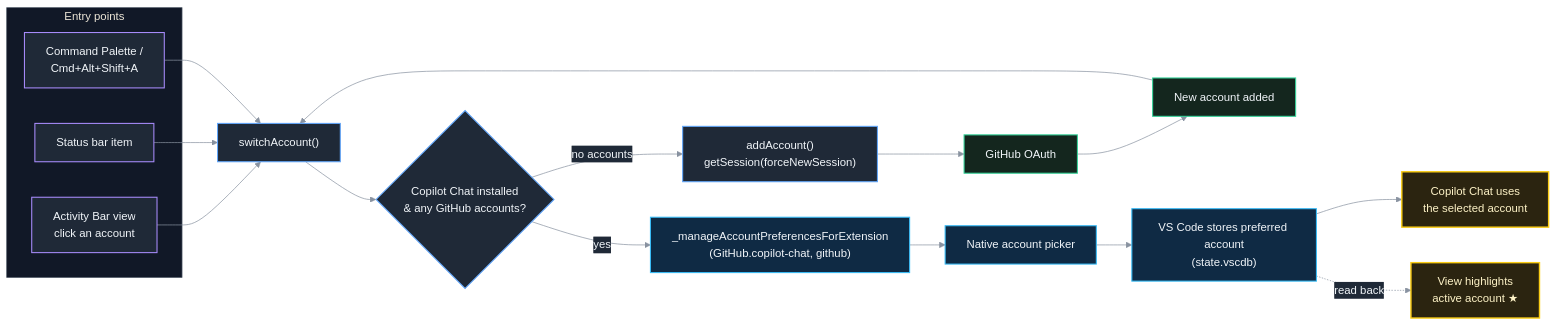
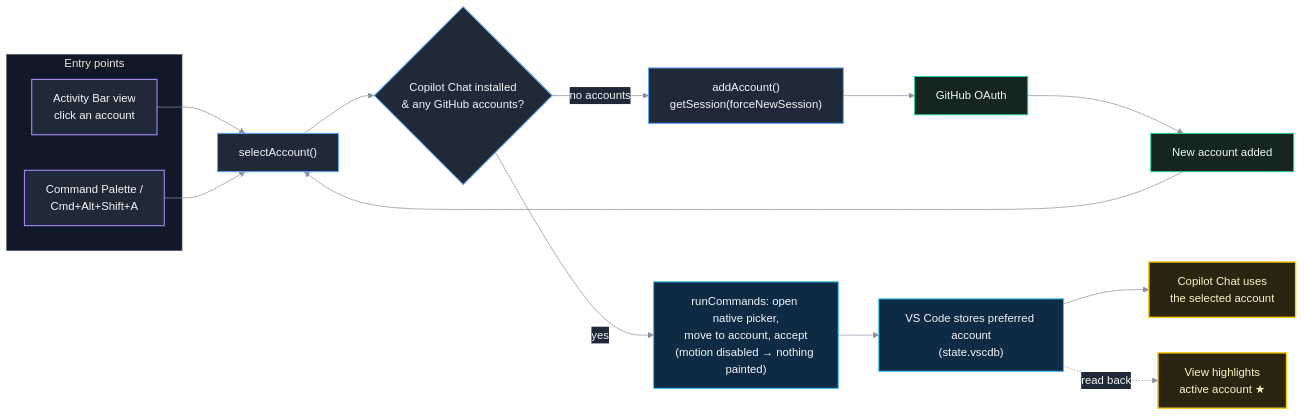
Before and after one commit to OleksiiTimofieiev/plugin: the first of 2 diagrams in README.md, drawn with Mermaid. The commit also changed other lines of this file and 5 other files, not shown here.

````diff
--- a/README.md
+++ b/README.md
@@ -9,46 +9,44 @@
 ```mermaid
 %%{init: {
   "theme": "base",
   "themeVariables": {
     "fontFamily": "ui-sans-serif, system-ui, sans-serif",
     "primaryColor": "#1f2937",
     "primaryTextColor": "#f1f5f9",
     "primaryBorderColor": "#60a5fa",
     "secondaryColor": "#312e81",
     "tertiaryColor": "#111827",
     "lineColor": "#8892a0",
     "textColor": "#f1f5f9",
     "clusterBkg": "#111827",
     "clusterBorder": "#4b5563",
     "edgeLabelBackground": "#1f2937"
   }
 }}%%
 flowchart LR
     classDef entry fill:#1f2937,stroke:#a78bfa,color:#f1f5f9,stroke-width:1.5px
     classDef logic fill:#1f2937,stroke:#60a5fa,color:#f1f5f9,stroke-width:1.5px
     classDef vscode fill:#0f2a44,stroke:#38bdf8,color:#f1f5f9,stroke-width:1.5px
     classDef github fill:#14261e,stroke:#34d399,color:#f1f5f9,stroke-width:1.5px
     classDef result fill:#2b2410,stroke:#facc15,color:#fef3c7,stroke-width:2px
 
     subgraph Entry["Entry points"]
         A["Activity Bar view<br/>click an account"]
-        B["Status bar item"]
         C["Command Palette /<br/>Cmd+Alt+Shift+A"]
     end
 
-    A & B & C --> S["switchAccount()"]
+    A & C --> S["selectAccount()"]
     S --> Chk{"Copilot Chat installed<br/>&amp; any GitHub accounts?"}
     Chk -- "no accounts" --> Add["addAccount()<br/>getSession(forceNewSession)"]
     Add --> GH["GitHub OAuth"] --> Acc["New account added"] --> S
-    Chk -- "yes" --> Cmd["_manageAccountPreferencesForExtension<br/>(GitHub.copilot-chat, github)"]
-    Cmd --> Pick["Native account picker"]
-    Pick --> Pref["VS Code stores preferred account<br/>(state.vscdb)"]
+    Chk -- "yes" --> Cmd["runCommands: open native picker,<br/>move to account, accept<br/>(motion disabled → nothing painted)"]
+    Cmd --> Pref["VS Code stores preferred account<br/>(state.vscdb)"]
     Pref --> Copilot["Copilot Chat uses<br/>the selected account"]
     Pref -. "read back" .-> View["View highlights<br/>active account ★"]
 
-    class A,B,C entry
+    class A,C entry
     class S,Chk,Add logic
-    class Cmd,Pick,Pref vscode
+    class Cmd,Pref vscode
     class GH,Acc github
     class Copilot,View result
 ```
````
